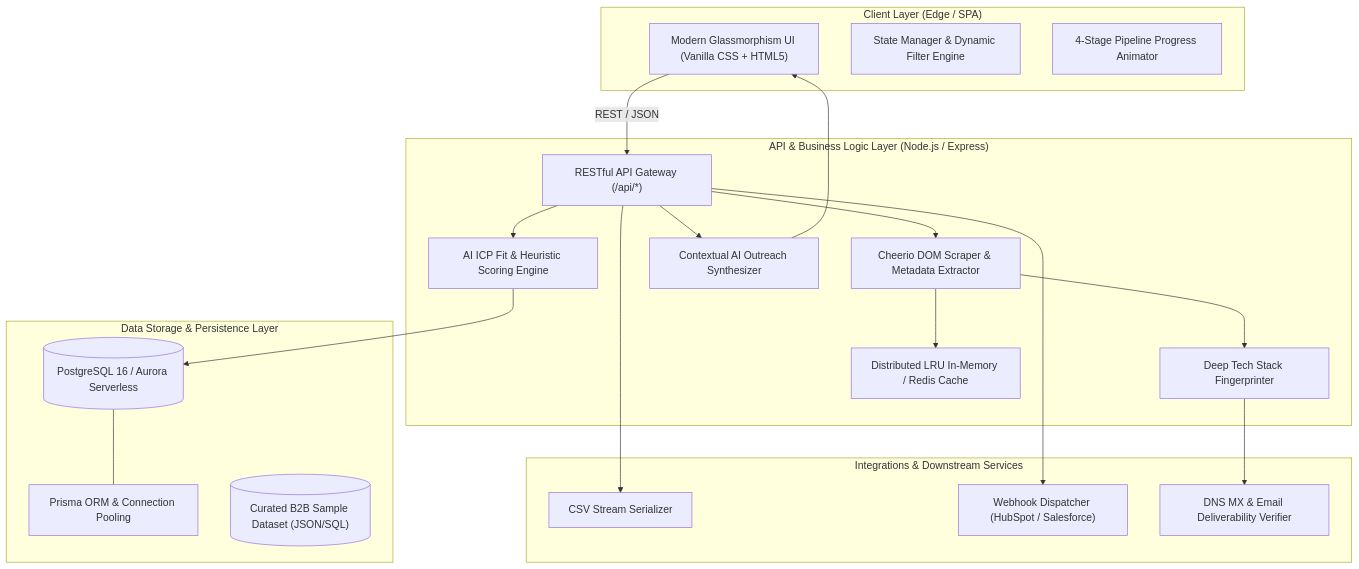
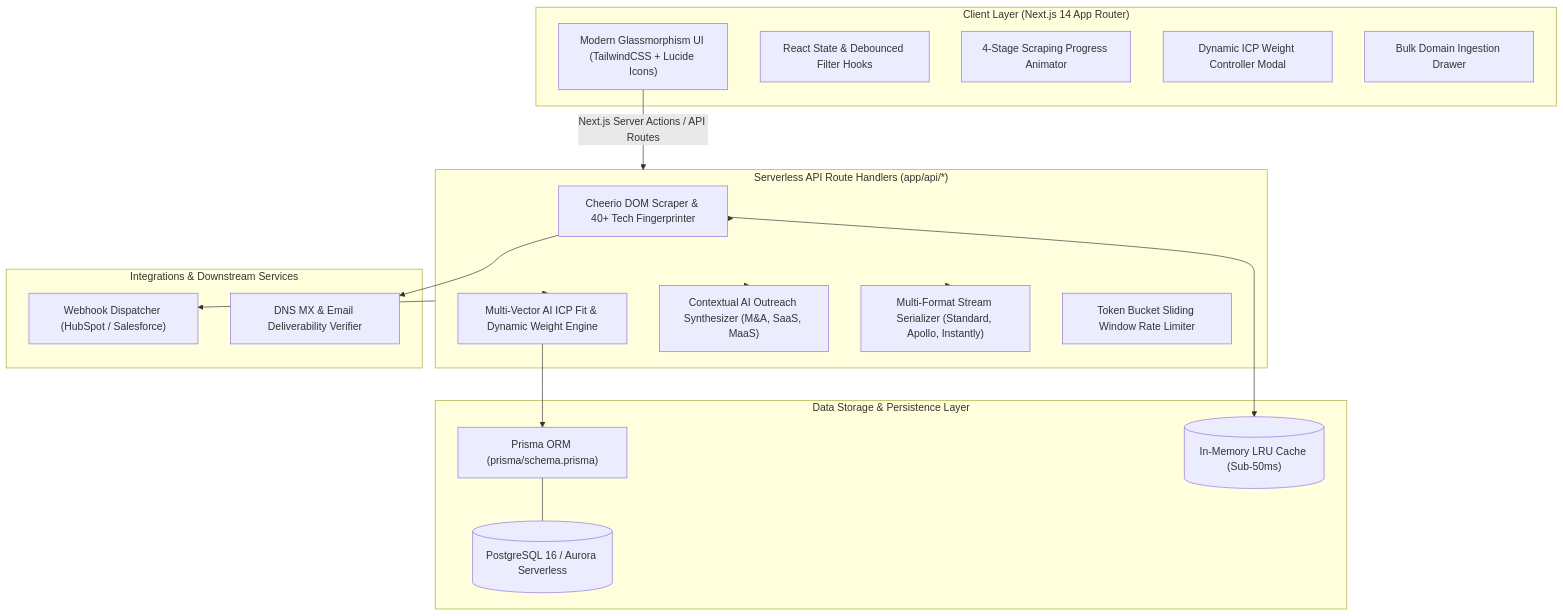
The diagram in README.md (SameepChaurasia/Caprae_Capital), drawn with Mermaid before and after one commit. The commit also changed other lines of this file and 48 other files, not shown here.

````diff
--- a/README.md
+++ b/README.md
@@ -33,42 +47,40 @@
 ```mermaid
 flowchart TB
-    subgraph ClientLayer ["Client Layer (Edge / SPA)"]
-        UI["Modern Glassmorphism UI (Vanilla CSS + HTML5)"]
-        State["State Manager & Dynamic Filter Engine"]
-        Progress["4-Stage Pipeline Progress Animator"]
+    subgraph ClientLayer ["Client Layer (Next.js 14 App Router)"]
+        UI["Modern Glassmorphism UI (TailwindCSS + Lucide Icons)"]
+        State["React State & Debounced Filter Hooks"]
+        Progress["4-Stage Scraping Progress Animator"]
+        WeightControl["Dynamic ICP Weight Controller Modal"]
+        BatchIngest["Bulk Domain Ingestion Drawer"]
     end
 
-    subgraph APILayer ["API & Business Logic Layer (Node.js / Express)"]
-        Router["RESTful API Gateway (/api/*)"]
-        Scraper["Cheerio DOM Scraper & Metadata Extractor"]
-        TechDetector["Deep Tech Stack Fingerprinter"]
-        ScoringEngine["AI ICP Fit & Heuristic Scoring Engine"]
-        OutreachGen["Contextual AI Outreach Synthesizer"]
-        Cache["Distributed LRU In-Memory / Redis Cache"]
+    subgraph APILayer ["Serverless API Route Handlers (app/api/*)"]
+        ScraperSvc["Cheerio DOM Scraper & 40+ Tech Fingerprinter"]
+        ScoringSvc["Multi-Vector AI ICP Fit & Dynamic Weight Engine"]
+        OutreachSvc["Contextual AI Outreach Synthesizer (M&A, SaaS, MaaS)"]
+        ExportSvc["Multi-Format Stream Serializer (Standard, Apollo, Instantly)"]
+        RateLimiter["Token Bucket Sliding Window Rate Limiter"]
     end
 
     subgraph DataStorage ["Data Storage & Persistence Layer"]
-        DB[(PostgreSQL 16 / Aurora Serverless)]
-        PrismaORM["Prisma ORM & Connection Pooling"]
-        SeedData[("Curated B2B Sample Dataset (JSON/SQL)")]
+        PrismaORM["Prisma ORM (prisma/schema.prisma)"]
+        PostgresDB[(PostgreSQL 16 / Aurora Serverless)]
+        MemCache[("In-Memory LRU Cache (Sub-50ms)")]
     end
 
     subgraph Integrations ["Integrations & Downstream Services"]
-        CSVExport["CSV Stream Serializer"]
         CRMWebhook["Webhook Dispatcher (HubSpot / Salesforce)"]
         MXValidator["DNS MX & Email Deliverability Verifier"]
     end
 
-    UI -->|REST / JSON| Router
-    Router --> Scraper
-    Router --> ScoringEngine
-    Router --> OutreachGen
-    Scraper --> TechDetector
-    Scraper --> Cache
-    ScoringEngine --> DB
-    OutreachGen --> UI
-    Router --> CSVExport
-    Router --> CRMWebhook
-    TechDetector --> MXValidator
-    DB --- PrismaORM
+    UI -->|Next.js Server Actions / API Routes| APILayer
+    APILayer --> ScraperSvc
+    APILayer --> ScoringSvc
+    APILayer --> OutreachSvc
+    APILayer --> ExportSvc
+    ScraperSvc --> MemCache
+    ScoringSvc --> PrismaORM
+    PrismaORM --- PostgresDB
+    APILayer --> CRMWebhook
+    ScraperSvc --> MXValidator
 ```
````
